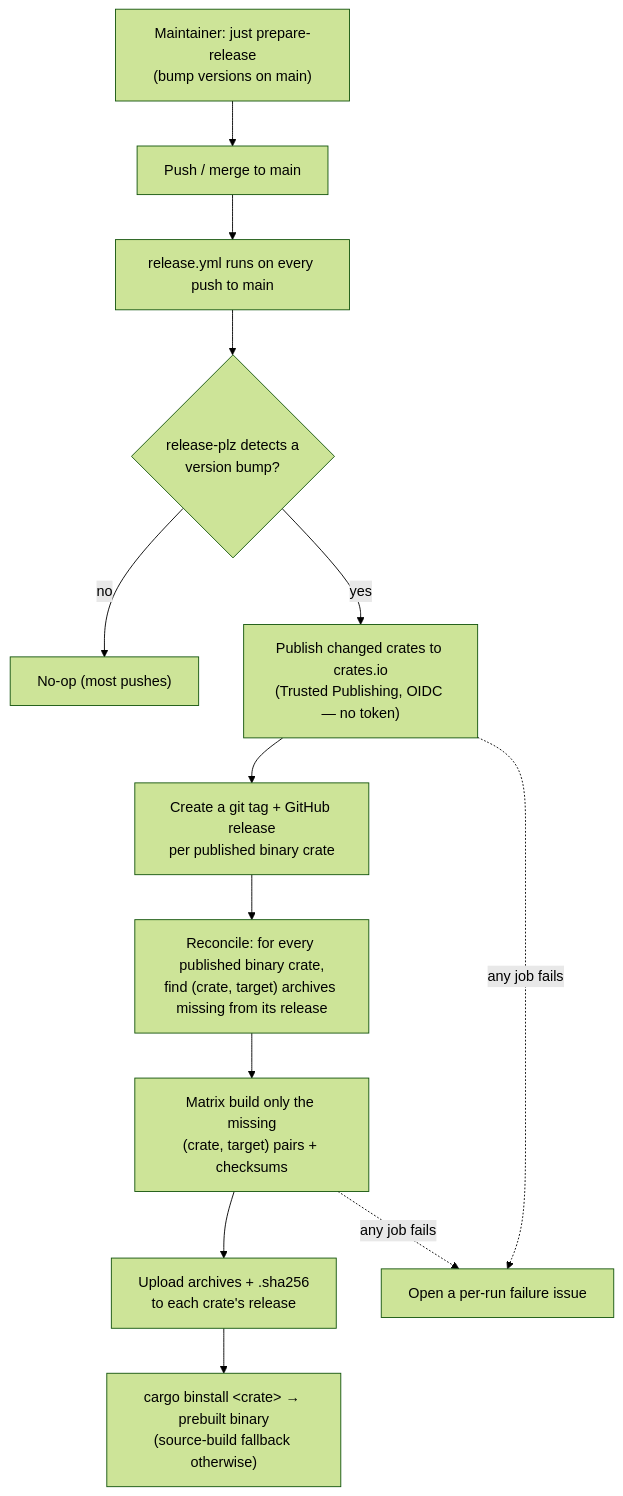
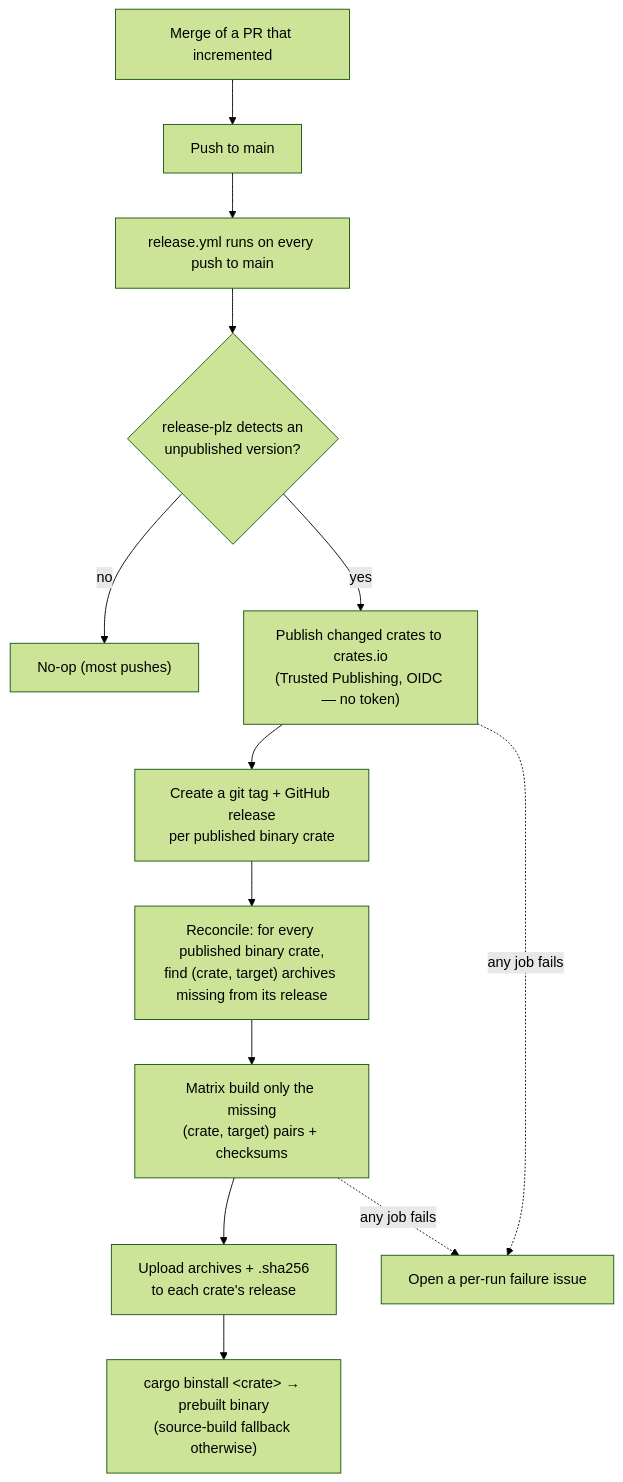
Before and after one commit to folo-rs/folo: the diagram in docs/release-automation.md, drawn with Mermaid (forest theme). The commit also changed other lines of this file and 17 other files, not shown here.

````diff
--- a/docs/release-automation.md
+++ b/docs/release-automation.md
@@ -24,15 +26,15 @@
 ```mermaid
 flowchart TD
-    A["Maintainer: just prepare-release<br/>(bump versions on main)"] --> B["Push / merge to main"]
+    A["Merge of a PR that incremented"] --> B["Push to main"]
     B --> C["release.yml runs on every push to main"]
-    C --> D{"release-plz detects a<br/>version bump?"}
+    C --> D{"release-plz detects an<br/>unpublished version?"}
     D -- no --> Z["No-op (most pushes)"]
     D -- yes --> E["Publish changed crates to crates.io<br/>(Trusted Publishing, OIDC — no token)"]
     E --> F["Create a git tag + GitHub release<br/>per published binary crate"]
     F --> G["Reconcile: for every published binary crate,<br/>find (crate, target) archives missing from its release"]
     G --> H["Matrix build only the missing<br/>(crate, target) pairs + checksums"]
     H --> I["Upload archives + .sha256<br/>to each crate's release"]
     I --> J["cargo binstall &lt;crate&gt; → prebuilt binary<br/>(source-build fallback otherwise)"]
     E -. any job fails .-> K["Open a per-run failure issue"]
     H -. any job fails .-> K
 ```
````
